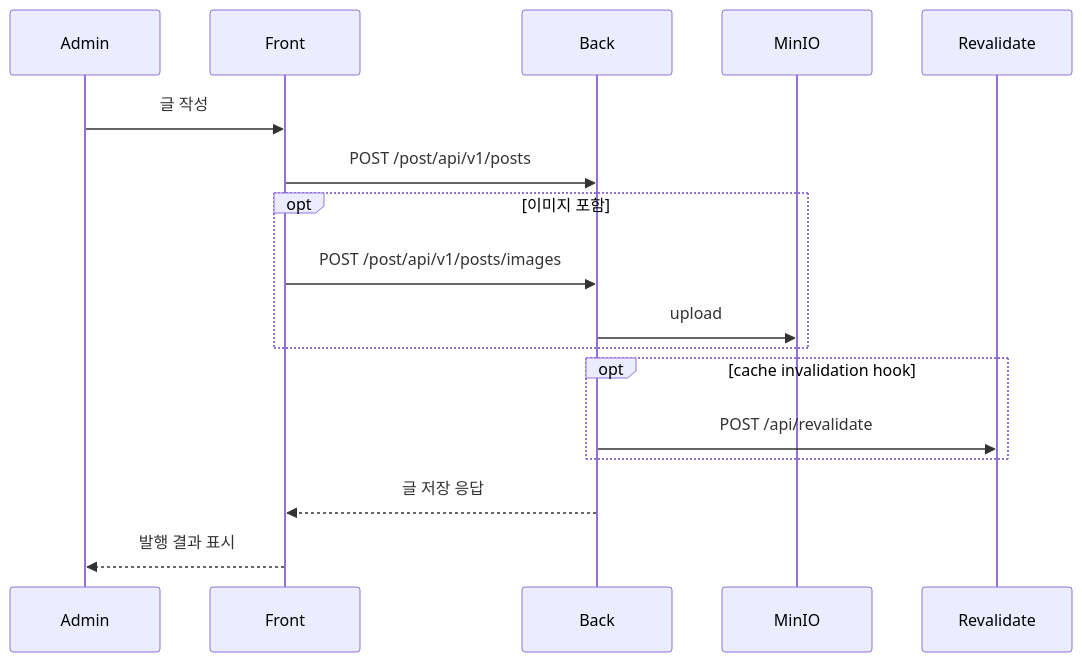
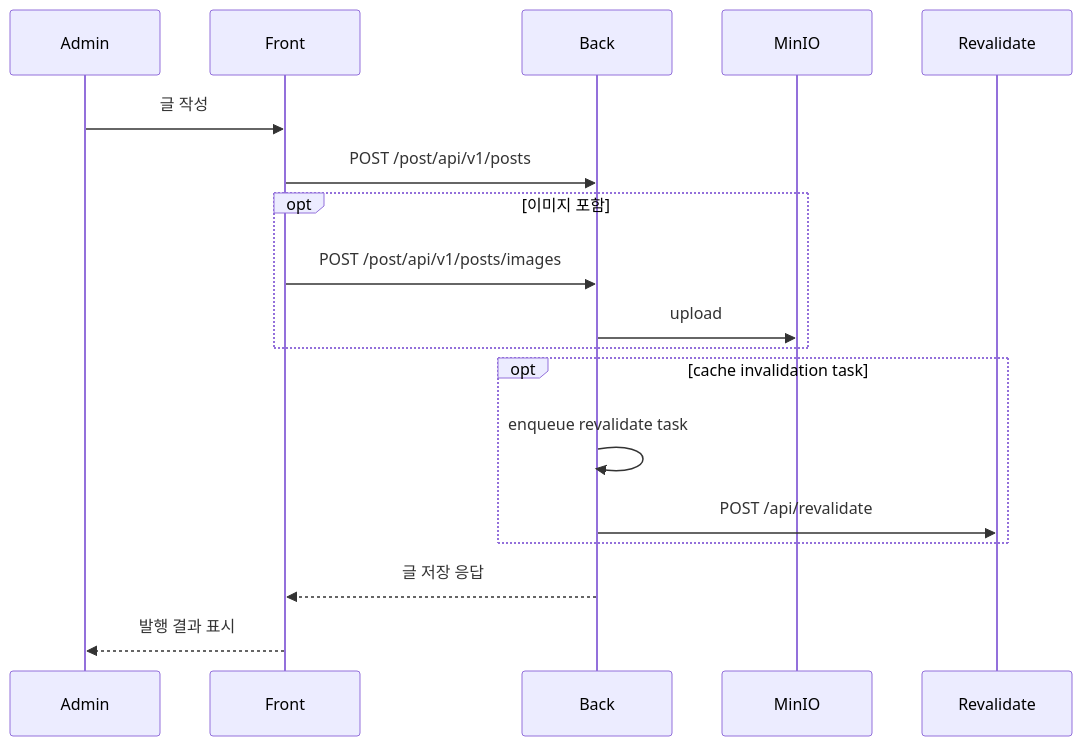
Before and after one commit to AquilaXk/aquila-blog: the second of 2 diagrams in docs/design/System-Architecture.md, drawn with Mermaid. The commit also changed other lines of this file and 38 other files, not shown here.

Commit message:
feat(app): streamline backend flows and polish ui

````diff
--- a/docs/design/System-Architecture.md
+++ b/docs/design/System-Architecture.md
@@ -53,19 +53,20 @@
 ```mermaid
 sequenceDiagram
     participant Admin
     participant Front
     participant Back
     participant MinIO
     participant Revalidate
     Admin->>Front: 글 작성
     Front->>Back: POST /post/api/v1/posts
     opt 이미지 포함
         Front->>Back: POST /post/api/v1/posts/images
         Back->>MinIO: upload
     end
-    opt cache invalidation hook
+    opt cache invalidation task
+        Back->>Back: enqueue revalidate task
         Back->>Revalidate: POST /api/revalidate
     end
     Back-->>Front: 글 저장 응답
     Front-->>Admin: 발행 결과 표시
 ```
````
